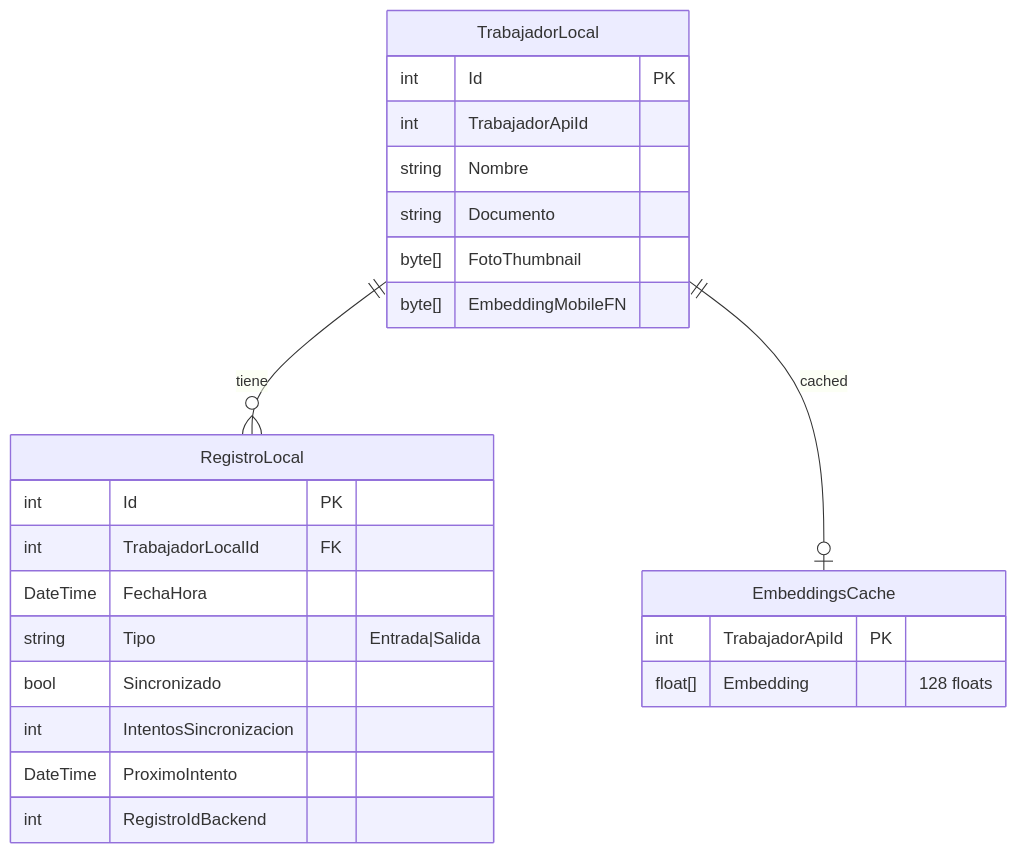
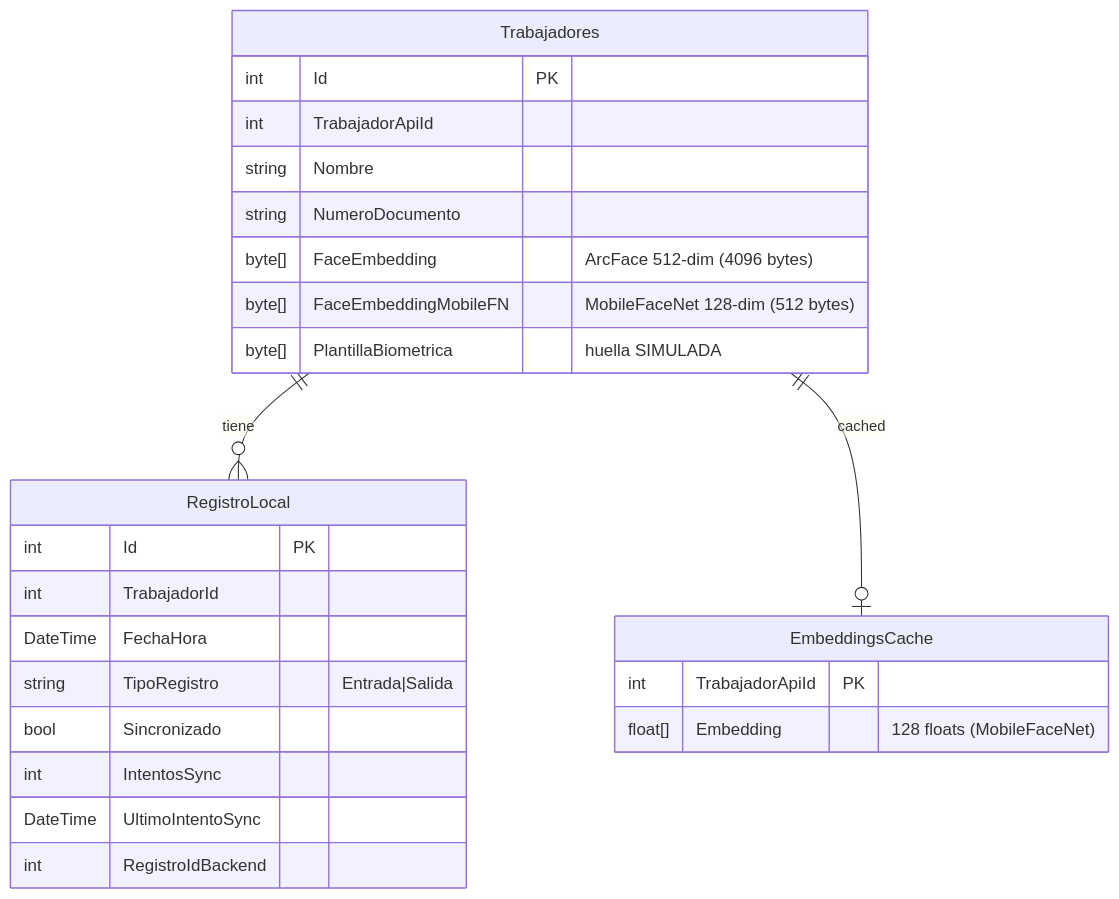
One commit to luicahleo/DocumentacionProyectos changed the third of 4 diagrams in IMCA/Diagramas Mermaid/Contexto-Kiosco-FaceID.md. Above: the diagram before and after it, drawn with Mermaid. The commit also changed other lines of this file and 52 other files, not shown here.

````diff
--- a/IMCA/Diagramas Mermaid/Contexto-Kiosco-FaceID.md
+++ b/IMCA/Diagramas Mermaid/Contexto-Kiosco-FaceID.md
@@ -99,30 +99,31 @@
 ```mermaid
 erDiagram
-    TrabajadorLocal {
+    Trabajadores {
         int Id PK
         int TrabajadorApiId
         string Nombre
-        string Documento
-        byte[] FotoThumbnail
-        byte[] EmbeddingMobileFN
+        string NumeroDocumento
+        byte[] FaceEmbedding "ArcFace 512-dim (4096 bytes)"
+        byte[] FaceEmbeddingMobileFN "MobileFaceNet 128-dim (512 bytes)"
+        byte[] PlantillaBiometrica "huella SIMULADA"
     }
     
     RegistroLocal {
         int Id PK
-        int TrabajadorLocalId FK
+        int TrabajadorId
         DateTime FechaHora
-        string Tipo "Entrada|Salida"
+        string TipoRegistro "Entrada|Salida"
         bool Sincronizado
-        int IntentosSincronizacion
-        DateTime ProximoIntento
+        int IntentosSync
+        DateTime UltimoIntentoSync
         int RegistroIdBackend
     }
     
     EmbeddingsCache {
         int TrabajadorApiId PK
-        float[] Embedding "128 floats"
+        float[] Embedding "128 floats (MobileFaceNet)"
     }
     
-    TrabajadorLocal ||--o{ RegistroLocal : tiene
-    TrabajadorLocal ||--o| EmbeddingsCache : cached
+    Trabajadores ||--o{ RegistroLocal : tiene
+    Trabajadores ||--o| EmbeddingsCache : cached
 ```
````
